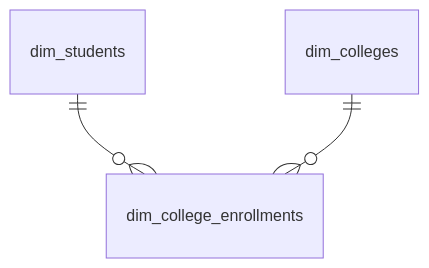
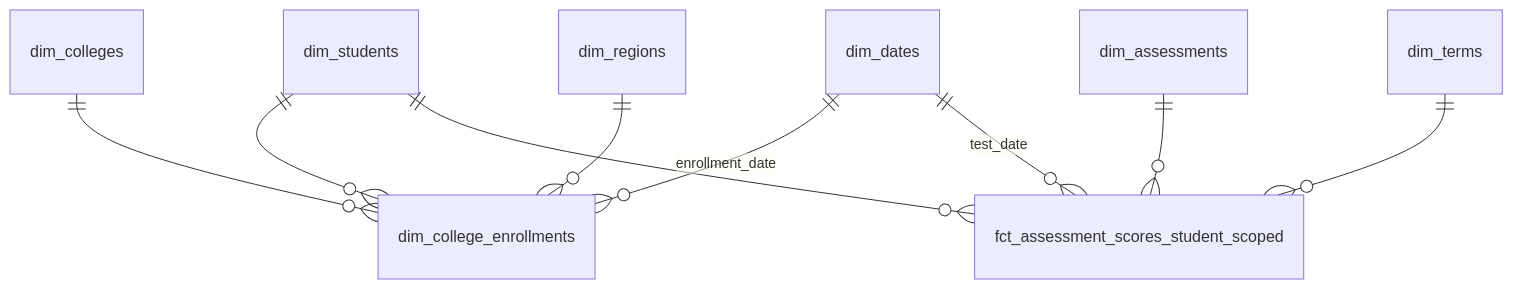
The fourth of 10 diagrams in docs/superpowers/specs/2026-03-27-star-schema-data-mart-design.md (TEAMSchools/teamster), drawn with Mermaid before and after one commit. The commit also changed other lines of this file, not shown here.

First line of the commit message:
docs: incorporate star-schema mart spec feedback on A+X traversal

````diff
--- a/docs/superpowers/specs/2026-03-27-star-schema-data-mart-design.md
+++ b/docs/superpowers/specs/2026-03-27-star-schema-data-mart-design.md
@@ -521,5 +612,11 @@
 ```mermaid
 erDiagram
     dim_students ||--o{ dim_college_enrollments : ""
     dim_colleges ||--o{ dim_college_enrollments : ""
+    dim_students ||--o{ fct_assessment_scores_student_scoped : ""
+    dim_assessments ||--o{ fct_assessment_scores_student_scoped : ""
+    dim_dates ||--o{ dim_college_enrollments : "enrollment_date"
+    dim_dates ||--o{ fct_assessment_scores_student_scoped : "test_date"
+    dim_terms ||--o{ fct_assessment_scores_student_scoped : ""
+    dim_regions ||--o{ dim_college_enrollments : ""
 ```
````
